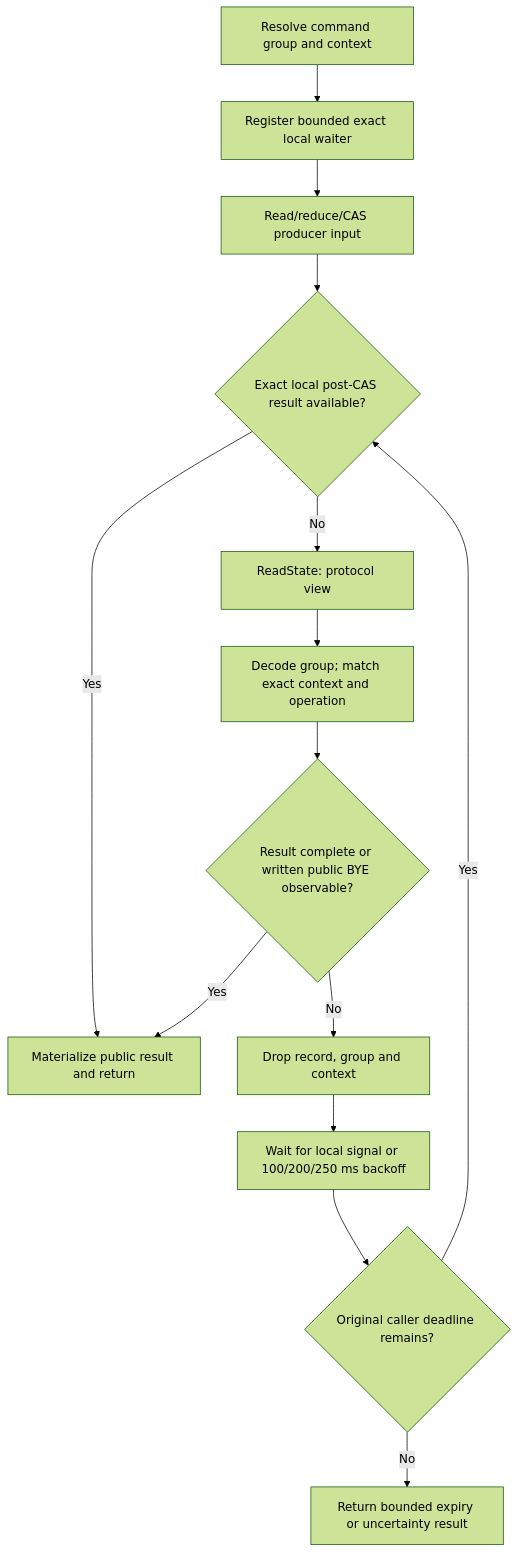
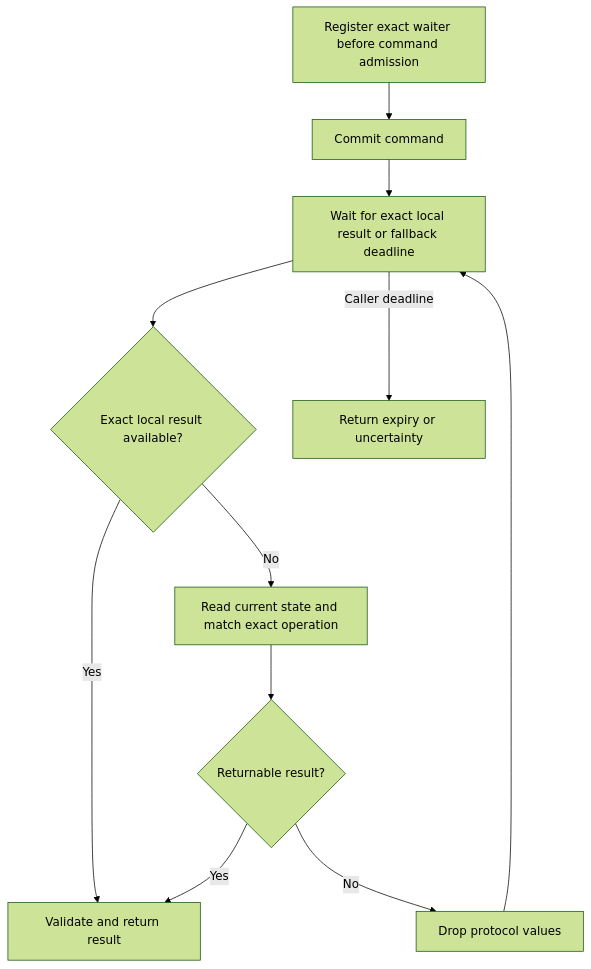
The fifth of 6 diagrams in docs/operations/lifecycle.md (zyno-io/sipbridge), drawn with Mermaid (forest theme) before and after one commit. The commit also changed other lines of this file and 30 other files, not shown here.

````diff
--- a/docs/operations/lifecycle.md
+++ b/docs/operations/lifecycle.md
@@ -222,16 +142,13 @@
 ```mermaid
 flowchart TD
-    A[Resolve command group and context] --> B[Register bounded exact local waiter]
-    B --> P[Read/reduce/CAS producer input]
-    P --> C{Exact local post-CAS result available?}
-    C -- Yes --> D[Materialize public result and return]
-    C -- No --> E[ReadState: protocol view]
-    E --> F[Decode group; match exact context and operation]
-    F --> G{Result complete or written public BYE observable?}
-    G -- Yes --> D
-    G -- No --> H[Drop record, group and context]
-    H --> I[Wait for local signal or 100/200/250 ms backoff]
-    I --> J{Original caller deadline remains?}
-    J -- Yes --> C
-    J -- No --> K[Return bounded expiry or uncertainty result]
+    A[Register exact waiter before command admission] --> B[Commit command]
+    B --> C[Wait for exact local result or fallback deadline]
+    C --> D{Exact local result available?}
+    D -- Yes --> E[Validate and return result]
+    D -- No --> F[Read current state and match exact operation]
+    F --> G{Returnable result?}
+    G -- Yes --> E
+    G -- No --> H[Drop protocol values]
+    H --> C
+    C -- Caller deadline --> I[Return expiry or uncertainty]
 ```
````
